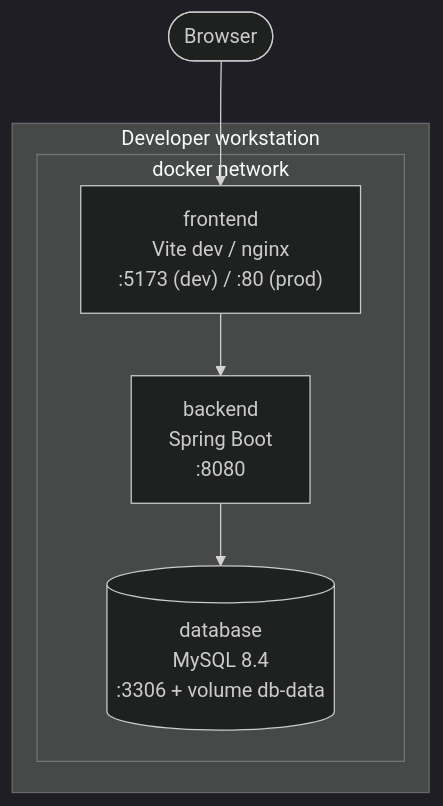
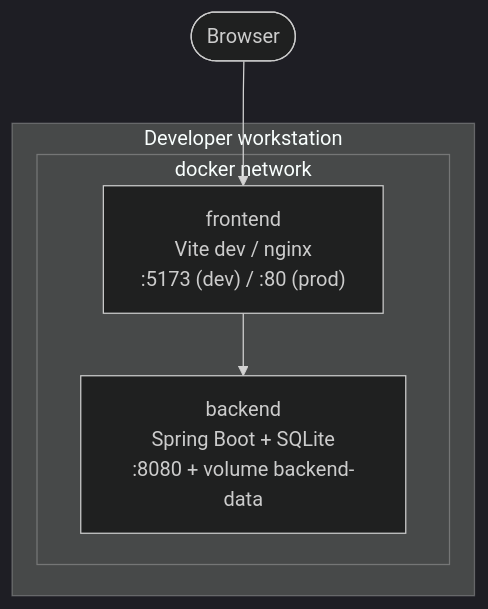
The first of 3 diagrams in docs/arc42/07-deployment-view.md (fbrase799/vehicle_configurator), drawn with Mermaid (dark theme) before and after one commit. The commit also changed other lines of this file and 49 other files, not shown here.

````diff
--- a/docs/arc42/07-deployment-view.md
+++ b/docs/arc42/07-deployment-view.md
@@ -17,13 +17,11 @@
 ```mermaid
 flowchart TB
     subgraph host[Developer workstation]
         subgraph net[docker network]
             fe["frontend<br/>Vite dev / nginx<br/>:5173 (dev) / :80 (prod)"]
-            be["backend<br/>Spring Boot<br/>:8080"]
-            db[("database<br/>MySQL 8.4<br/>:3306 + volume db-data")]
+            be["backend<br/>Spring Boot + SQLite<br/>:8080 + volume backend-data"]
         end
     end
     browser([Browser]) --> fe
     fe --> be
-    be --> db
 ```
````
